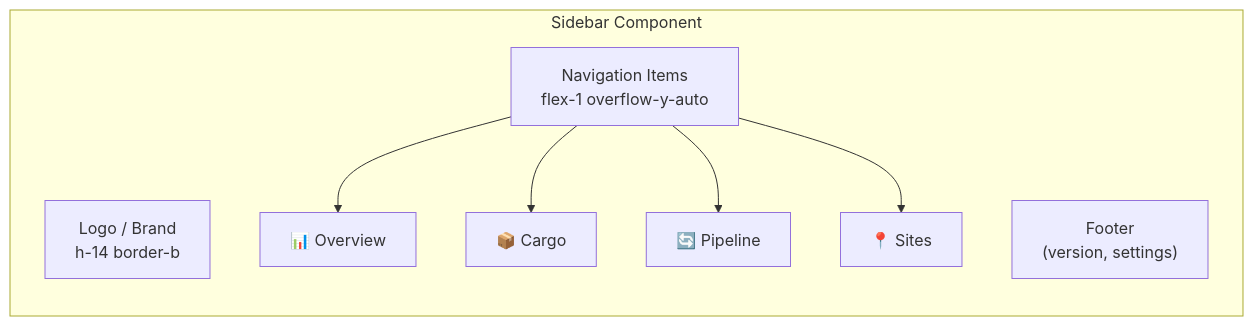
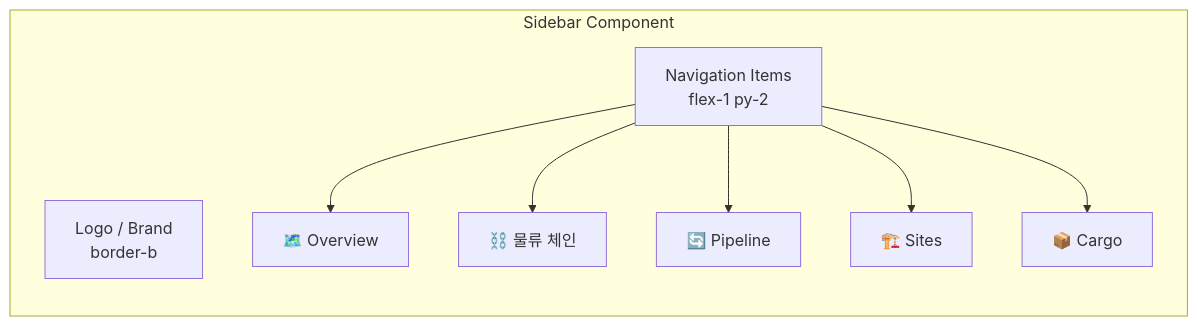
The fourth of 14 diagrams in apps/logistics-dashboard/docs/LAYOUT.md (macho715/logi_hvdc_dash), drawn with Mermaid before and after one commit. The commit also changed other lines of this file and 80 other files, not shown here.

````diff
--- a/apps/logistics-dashboard/docs/LAYOUT.md
+++ b/apps/logistics-dashboard/docs/LAYOUT.md
@@ -105,18 +124,19 @@
 ```mermaid
 graph LR
     subgraph Sidebar["Sidebar Component"]
         direction TB
-        Logo["Logo / Brand<br/>h-14 border-b"]
-        Nav["Navigation Items<br/>flex-1 overflow-y-auto"]
-        Item1["📊 Overview"]
-        Item2["📦 Cargo"]
+        Logo["Logo / Brand<br/>border-b"]
+        Nav["Navigation Items<br/>flex-1 py-2"]
+        Item1["🗺️ Overview"]
+        Item2["⛓️ 물류 체인"]
         Item3["🔄 Pipeline"]
-        Item4["📍 Sites"]
-        Footer["Footer<br/>(version, settings)"]
+        Item4["🏗️ Sites"]
+        Item5["📦 Cargo"]
     end
 
     Nav --> Item1
     Nav --> Item2
     Nav --> Item3
     Nav --> Item4
+    Nav --> Item5
 ```
````
